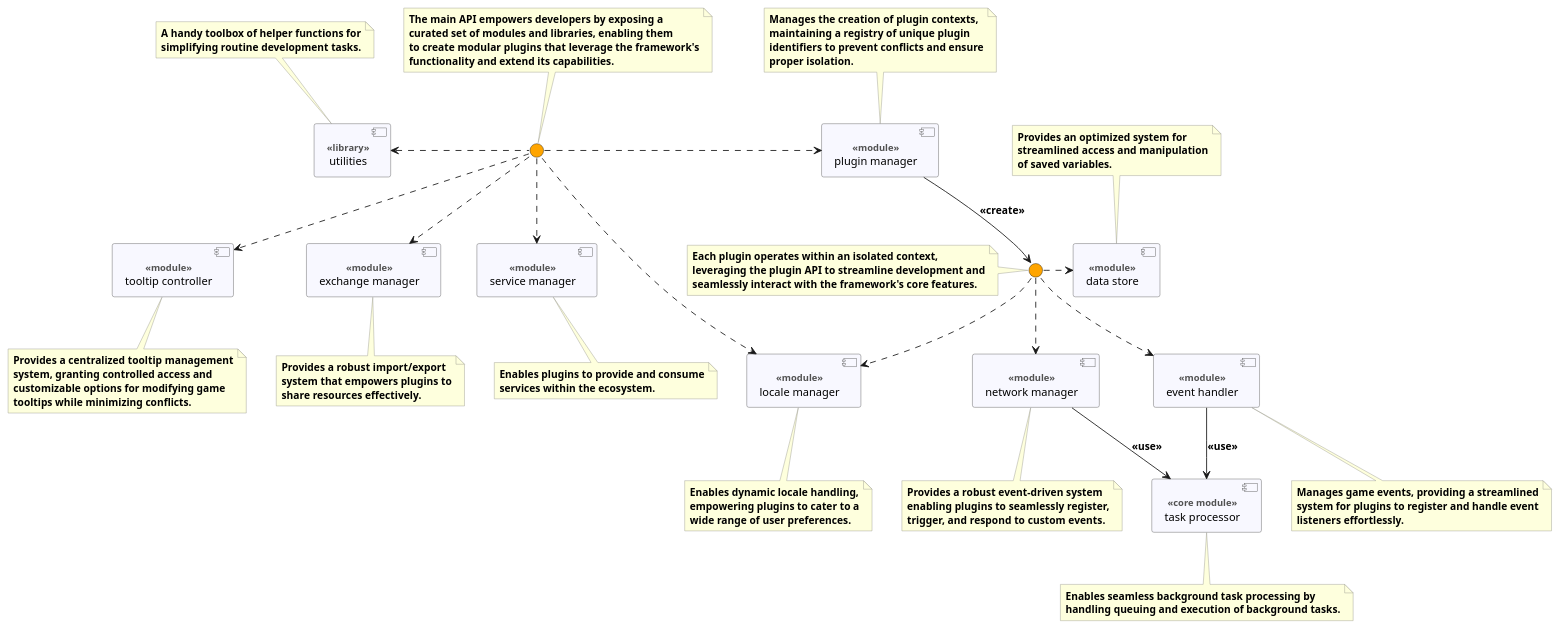
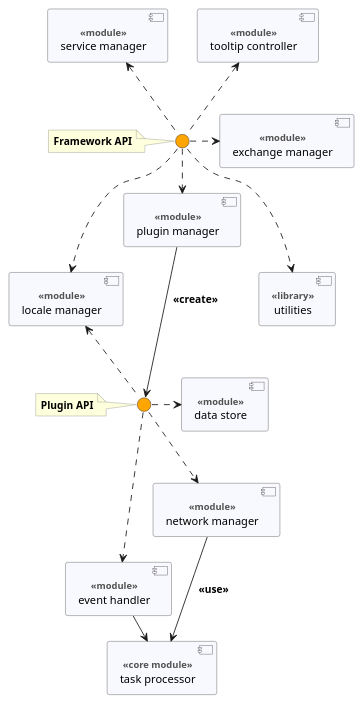
Before and after one commit to erik-riklund/wow: the diagram in Cogspinner/_dev/versions/1.0/structure.puml, drawn with PlantUML. The commit also changed 18 other files, not shown here.

```diff
--- a/Cogspinner/_dev/versions/1.0/structure.puml
+++ b/Cogspinner/_dev/versions/1.0/structure.puml
@@ -1,142 +1,61 @@
 @startuml Cogspinner
 
 skinparam ComponentBackgroundColor GhostWhite
 skinparam ComponentBorderColor #565656
 skinparam ComponentFontStyle normal
 skinparam ComponentFontSize 13pt
 skinparam ComponentStereotypeFontSize 11pt
 skinparam ComponentStereotypeFontStyle bold
 skinparam ComponentStereotypeFontColor #515151
 skinparam InterfaceBackgroundColor Orange
 skinparam NoteFontStyle bold
 skinparam NoteFontSize 12pt
 skinparam NoteFontColor black
 skinparam NoteBackgroundColor #FEFFDD
 skinparam NoteBorderColor #96968D
 skinparam ArrowFontSize 12pt
 skinparam ArrowFontStyle bold
 
+' interfaces:
+
+() " " as API
+() " " as pluginAPI
+
+' framework modules:
+
 [network manager] as channel <<module>>
 [data store] as data <<module>>
 [event handler] as event <<module>>
 [exchange manager] as exchange <<module>>
 [locale manager] as locale <<module>>
 [plugin manager] as plugin <<module>>
 [service manager] as service <<module>>
 [task processor] as task <<core module>>
 [tooltip controller] as tooltip <<module>>
-[utilities] <<library>>
+[utilities] as utilities <<library>>
 
-() " " as API
-() " " as pluginAPI
+' notes:
 
-' NOTES:
+note left of API: Framework API
+note left of pluginAPI: Plugin API
 
-note as API_note
-The main API empowers developers by exposing a
-curated set of modules and libraries, enabling them
-to create modular plugins that leverage the framework's
-functionality and extend its capabilities.
-end note
+' 
 
-note as pluginAPI_note
-Each plugin operates within an isolated context,
-leveraging the plugin API to streamline development and
-seamlessly interact with the framework's core features.
-end note
+API .> plugin
+API ..> locale
+API .up.> tooltip
+API ..> utilities
+API .right.> exchange
+API .up.> service
 
-note as utilities_note
-A handy toolbox of helper functions for
-simplifying routine development tasks.
-end note
-
-note as plugin_note
-Manages the creation of plugin contexts,
-maintaining a registry of unique plugin
-identifiers to prevent conflicts and ensure
-proper isolation.
-end note
-
-note as exchange_note
-Provides a robust import/export
-system that empowers plugins to
-share resources effectively.
-end note
-
-note as data_note
-Provides an optimized system for
-streamlined access and manipulation
-of saved variables.
-end note
-
-note as locale_note
-Enables dynamic locale handling,
-empowering plugins to cater to a
-wide range of user preferences.
-end note
-
-note as channel_note
-Provides a robust event-driven system
-enabling plugins to seamlessly register,
-trigger, and respond to custom events.
-end note
-
-note as task_note
-Enables seamless background task processing by
-handling queuing and execution of background tasks.
-end note
-
-note as event_note
-Manages game events, providing a streamlined
-system for plugins to register and handle event
-listeners effortlessly.
-end note
-
-note as service_note
-Enables plugins to provide and consume
-services within the ecosystem.
-end note
-
-note as tooltip_note
-Provides a centralized tooltip management
-system, granting controlled access and
-customizable options for modifying game
-tooltips while minimizing conflicts.
-end note
-
-' note bindings:
-
-API .up. API_note
-channel .. channel_note
-data .up. data_note
-event .. event_note
-exchange .. exchange_note
-locale .. locale_note
-pluginAPI .left. pluginAPI_note
-plugin .up. plugin_note
-service .. service_note
-task .. task_note
-tooltip .. tooltip_note
-utilities .up. utilities_note
-
-' END NOTES.
-
-' module relationships
-channel --> task : <<use>>
-event --> task : <<use>>
-
-' ' API relationships
-API ..> exchange
-API .> plugin
-API ..> service
-API ..> tooltip
-API .left.> utilities
-API .> locale
 plugin --> pluginAPI : <<create>>
 
-' plugin API relationships
 pluginAPI ..> channel
-pluginAPI .right.> data
+pluginAPI .up.> locale
 pluginAPI ..> event
-pluginAPI ..> locale
+pluginAPI .> data
+
+event -> task : <<use>>
+channel --> task : <<use>>
+
 @enduml
```
